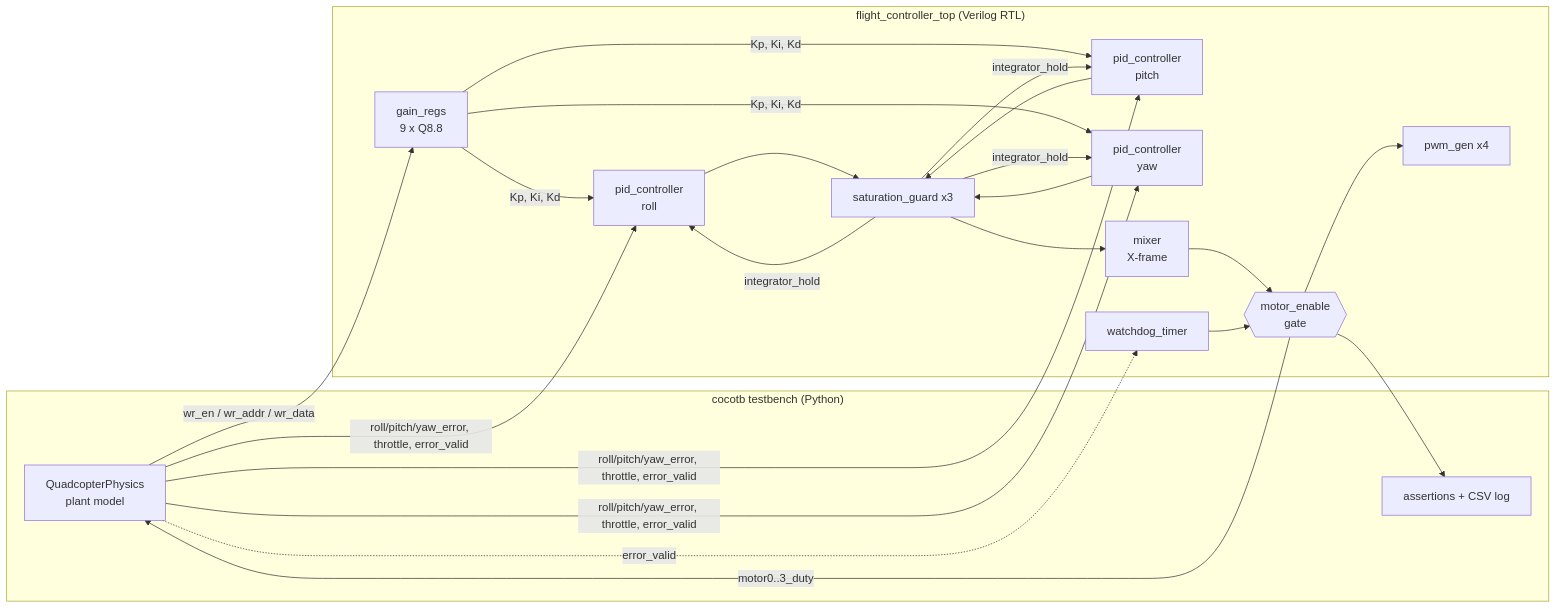
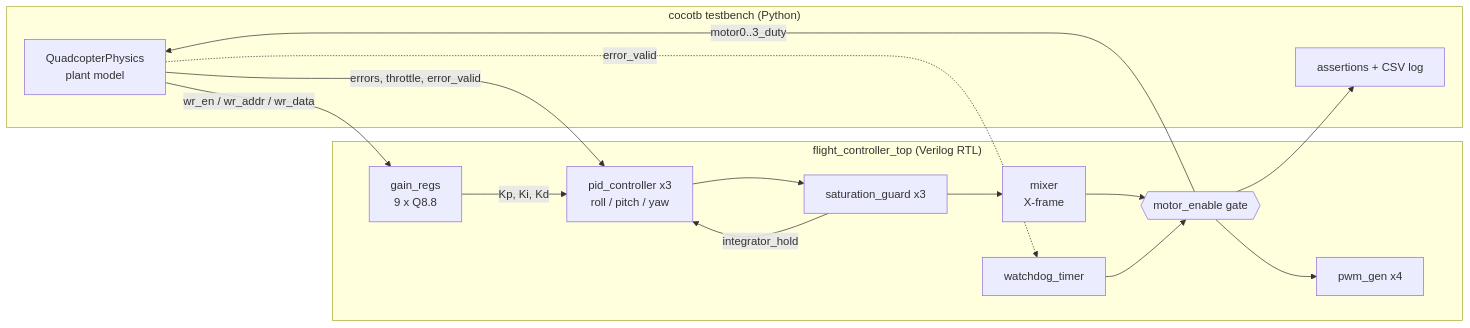
The diagram in README.md (Souparnoo/HiL-Verified-Quadcopter-Flight-Controller-Verilog-), drawn with Mermaid before and after one commit. The commit also changed other lines of this file, not shown here.

````diff
--- a/README.md
+++ b/README.md
@@ -45,29 +102,26 @@
 ```mermaid
 flowchart LR
     subgraph TB["cocotb testbench (Python)"]
         PH["QuadcopterPhysics<br/>plant model"]
-        AS["assertions + CSV log"]
+        LG["assertions + CSV log"]
     end
-
     subgraph DUT["flight_controller_top (Verilog RTL)"]
         GR["gain_regs<br/>9 x Q8.8"]
-        PR["pid_controller<br/>roll"]
-        PP["pid_controller<br/>pitch"]
-        PY["pid_controller<br/>yaw"]
+        PID["pid_controller x3<br/>roll / pitch / yaw"]
         SG["saturation_guard x3"]
         MX["mixer<br/>X-frame"]
         WD["watchdog_timer"]
-        GT{{"motor_enable<br/>gate"}}
+        GT{{"motor_enable gate"}}
         PW["pwm_gen x4"]
     end
-
-    PH -- "roll/pitch/yaw_error, throttle, error_valid" --> PR & PP & PY
+    PH -- "errors, throttle, error_valid" --> PID
     PH -- "wr_en / wr_addr / wr_data" --> GR
-    GR -- "Kp, Ki, Kd" --> PR & PP & PY
-    PR & PP & PY --> SG
-    SG -- "integrator_hold" --> PR & PP & PY
-    SG --> MX --> GT --> PW
+    GR -- "Kp, Ki, Kd" --> PID
+    PID --> SG
+    SG -- "integrator_hold" --> PID
+    SG --> MX --> GT
     PH -. "error_valid" .-> WD --> GT
     GT -- "motor0..3_duty" --> PH
-    GT --> AS
+    GT --> PW
+    GT --> LG
 ```
````
